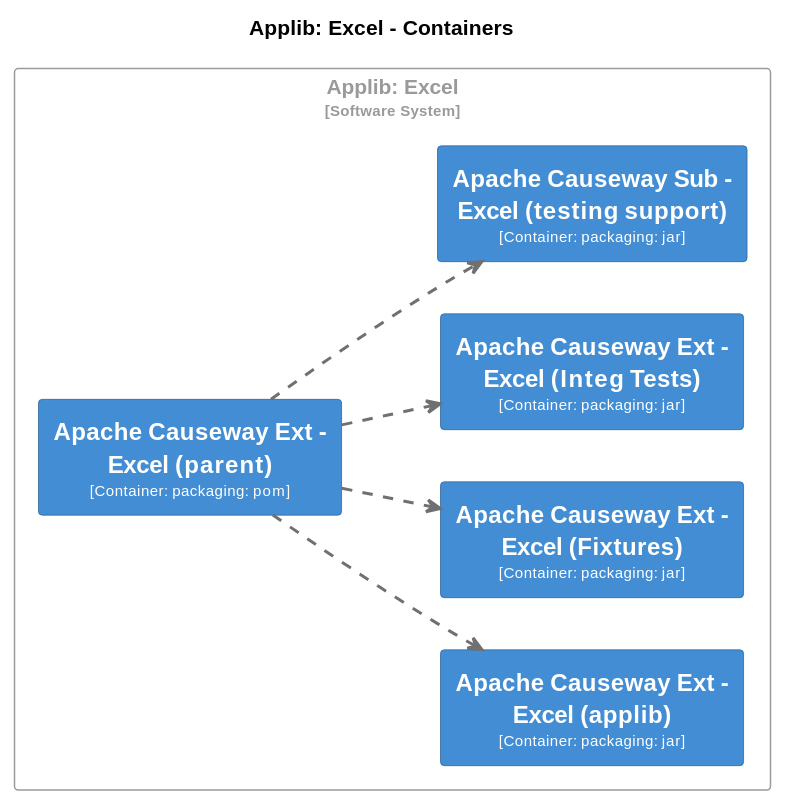
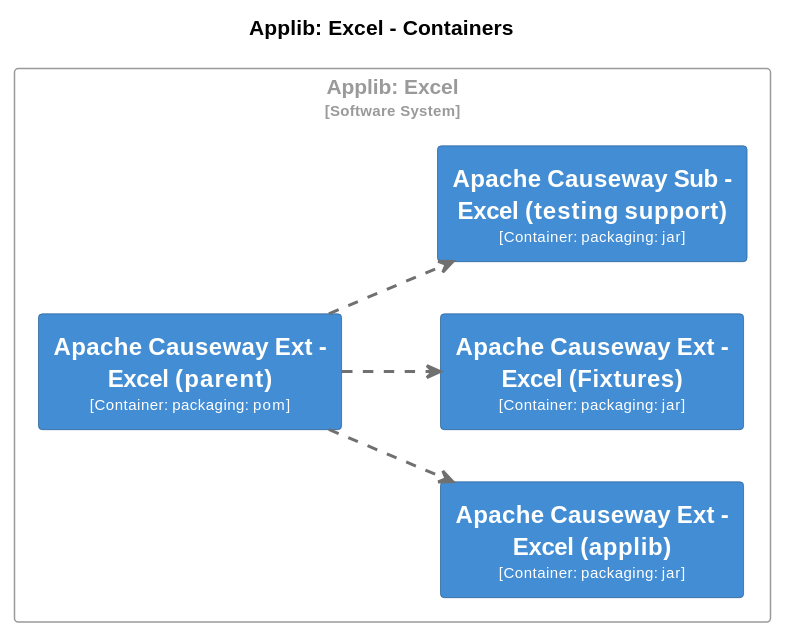
Diagram 23 of 31 in core/adoc/modules/_overview/pages/about.adoc (apache/causeway), drawn with PlantUML before and after one commit. The commit also changed other lines of this file and 186 other files, not shown here.

```diff
--- a/core/adoc/modules/_overview/pages/about.adoc
+++ b/core/adoc/modules/_overview/pages/about.adoc
@@ -5448,67 +5050,59 @@
 [plantuml,Applib~ Excel,svg]
 ----
 @startuml
 set separator none
 title Applib: Excel - Containers
 
 left to right direction
 
 skinparam {
   arrowFontSize 10
   defaultTextAlignment center
   wrapWidth 200
   maxMessageSize 100
 }
 
 hide stereotype
 
 skinparam rectangle<<ApplibExcel.ApacheCausewayExtExcelFixtures>> {
-  BackgroundColor #438dd5
-  FontColor #fffffe
-  BorderColor #2e6295
-  shadowing false
-}
-skinparam rectangle<<ApplibExcel.ApacheCausewayExtExcelIntegTests>> {
   BackgroundColor #438dd5
   FontColor #fffffe
   BorderColor #2e6295
   shadowing false
 }
 skinparam rectangle<<ApplibExcel.ApacheCausewayExtExcelapplib>> {
   BackgroundColor #438dd5
   FontColor #fffffe
   BorderColor #2e6295
   shadowing false
 }
 skinparam rectangle<<ApplibExcel.ApacheCausewayExtExcelparent>> {
   BackgroundColor #438dd5
   FontColor #fffffe
   BorderColor #2e6295
   shadowing false
 }
 skinparam rectangle<<ApplibExcel.ApacheCausewaySubExceltestingsupport>> {
   BackgroundColor #438dd5
   FontColor #fffffe
   BorderColor #2e6295
   shadowing false
 }
 skinparam rectangle<<ApplibExcel>> {
   BorderColor #9a9a9a
   FontColor #9a9a9a
   shadowing false
 }
 
 rectangle "Applib: Excel\n<size:10>[Software System]</size>" <<ApplibExcel>> {
   rectangle "==Apache Causeway Ext - Excel (parent)\n<size:10>[Container: packaging: pom]</size>" <<ApplibExcel.ApacheCausewayExtExcelparent>> as ApplibExcel.ApacheCausewayExtExcelparent
   rectangle "==Apache Causeway Ext - Excel (applib)\n<size:10>[Container: packaging: jar]</size>" <<ApplibExcel.ApacheCausewayExtExcelapplib>> as ApplibExcel.ApacheCausewayExtExcelapplib
   rectangle "==Apache Causeway Ext - Excel (Fixtures)\n<size:10>[Container: packaging: jar]</size>" <<ApplibExcel.ApacheCausewayExtExcelFixtures>> as ApplibExcel.ApacheCausewayExtExcelFixtures
-  rectangle "==Apache Causeway Ext - Excel (Integ Tests)\n<size:10>[Container: packaging: jar]</size>" <<ApplibExcel.ApacheCausewayExtExcelIntegTests>> as ApplibExcel.ApacheCausewayExtExcelIntegTests
   rectangle "==Apache Causeway Sub - Excel (testing support)\n<size:10>[Container: packaging: jar]</size>" <<ApplibExcel.ApacheCausewaySubExceltestingsupport>> as ApplibExcel.ApacheCausewaySubExceltestingsupport
 }
 
-ApplibExcel.ApacheCausewayExtExcelparent .[#707070,thickness=2].> ApplibExcel.ApacheCausewaySubExceltestingsupport : "<color:#707070>"
 ApplibExcel.ApacheCausewayExtExcelparent .[#707070,thickness=2].> ApplibExcel.ApacheCausewayExtExcelapplib : "<color:#707070>"
 ApplibExcel.ApacheCausewayExtExcelparent .[#707070,thickness=2].> ApplibExcel.ApacheCausewayExtExcelFixtures : "<color:#707070>"
-ApplibExcel.ApacheCausewayExtExcelparent .[#707070,thickness=2].> ApplibExcel.ApacheCausewayExtExcelIntegTests : "<color:#707070>"
+ApplibExcel.ApacheCausewayExtExcelparent .[#707070,thickness=2].> ApplibExcel.ApacheCausewaySubExceltestingsupport : "<color:#707070>"
 @enduml
 ----
```
